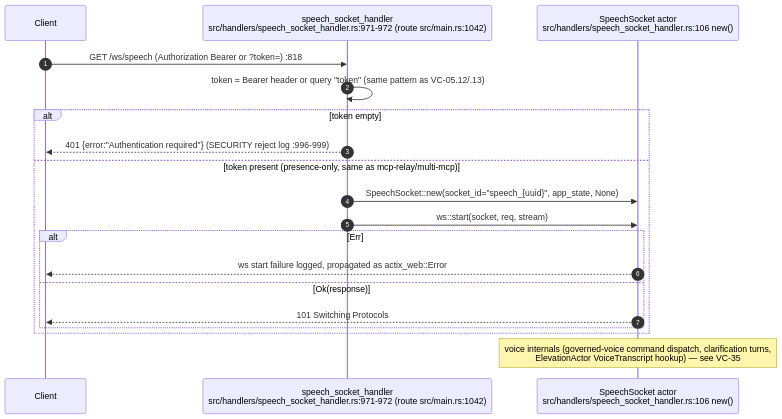
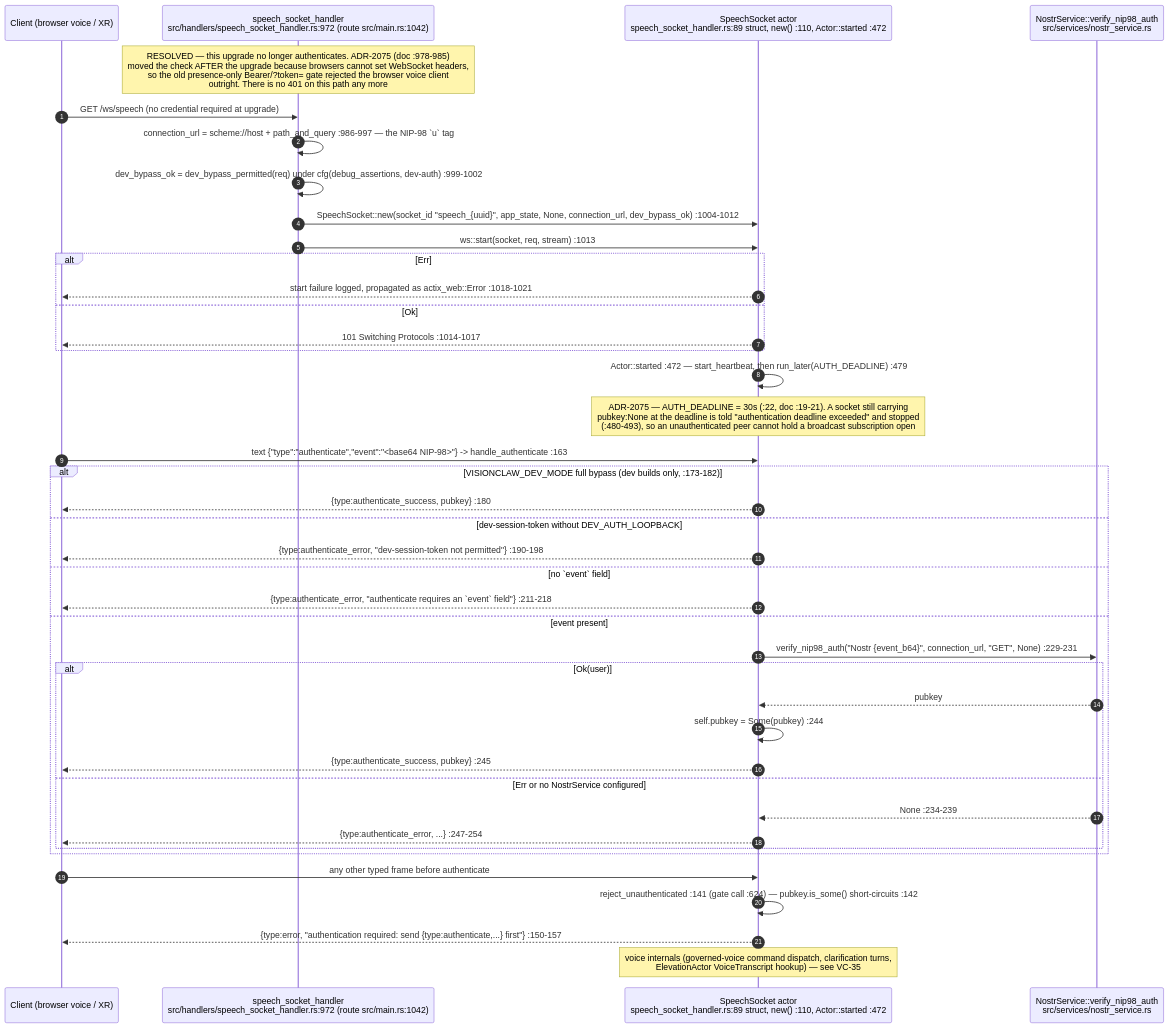
One commit to DreamLab-AI/VisionFlow changed diagram 16 of 18 in docs/diagrams/visionclaw/05-handlers-governance-and-identity.md. Above: the diagram before and after it, drawn with Mermaid. The commit also changed other lines of this file and 52 other files, not shown here.

First line of the commit message:
docs(diagrams): wave 3 checkpoint — bare line refs resolved, revision-pinned cite-check, VC-05/AB-01..13 re-attested

````diff
--- a/docs/diagrams/visionclaw/05-handlers-governance-and-identity.md
+++ b/docs/diagrams/visionclaw/05-handlers-governance-and-identity.md
@@ -777,22 +793,44 @@
 ```mermaid
 sequenceDiagram
     autonumber
-    participant C as Client
-    participant H as speech_socket_handler<br/>src/handlers/speech_socket_handler.rs:971-972 (route src/main.rs:1042)
-    participant SS as SpeechSocket actor<br/>src/handlers/speech_socket_handler.rs:106 new()
+    participant C as Client (browser voice / XR)
+    participant H as speech_socket_handler<br/>src/handlers/speech_socket_handler.rs:972 (route src/main.rs:1042)
+    participant SS as SpeechSocket actor<br/>speech_socket_handler.rs:89 struct, new() :110, Actor::started :472
+    participant NS as NostrService::verify_nip98_auth<br/>src/services/nostr_service.rs
 
-    C->>H: GET /ws/speech (Authorization Bearer or ?token=) :818
-    H->>H: token = Bearer header or query "token" (same pattern as VC-05.12/.13)
-    alt token empty
-        H-->>C: 401 {error:"Authentication required"} (SECURITY reject log :996-999)
-    else token present (presence-only, same as mcp-relay/multi-mcp)
-        H->>SS: SpeechSocket::new(socket_id="speech_{uuid}", app_state, None)
-        H->>SS: ws::start(socket, req, stream)
-        alt Err
-            SS-->>C: ws start failure logged, propagated as actix_web::Error
-        else Ok(response)
-            SS-->>C: 101 Switching Protocols
+    Note over H: RESOLVED — this upgrade no longer authenticates. ADR-2075 (doc :978-985)<br/>moved the check AFTER the upgrade because browsers cannot set WebSocket headers,<br/>so the old presence-only Bearer/?token= gate rejected the browser voice client<br/>outright. There is no 401 on this path any more
+    C->>H: GET /ws/speech (no credential required at upgrade)
+    H->>H: connection_url = scheme://host + path_and_query :986-997 — the NIP-98 `u` tag
+    H->>H: dev_bypass_ok = dev_bypass_permitted(req) under cfg(debug_assertions, dev-auth) :999-1002
+    H->>SS: SpeechSocket::new(socket_id "speech_{uuid}", app_state, None, connection_url, dev_bypass_ok) :1004-1012
+    H->>SS: ws::start(socket, req, stream) :1013
+    alt Err
+        SS-->>C: start failure logged, propagated as actix_web::Error :1018-1021
+    else Ok
+        SS-->>C: 101 Switching Protocols :1014-1017
+    end
+    SS->>SS: Actor::started :472 — start_heartbeat, then run_later(AUTH_DEADLINE) :479
+    Note over SS: ADR-2075 — AUTH_DEADLINE = 30s (:22, doc :19-21). A socket still carrying<br/>pubkey:None at the deadline is told "authentication deadline exceeded" and stopped<br/>(:480-493), so an unauthenticated peer cannot hold a broadcast subscription open
+    C->>SS: text {"type":"authenticate","event":"<base64 NIP-98>"} -> handle_authenticate :163
+    alt VISIONCLAW_DEV_MODE full bypass (dev builds only, :173-182)
+        SS-->>C: {type:authenticate_success, pubkey} :180
+    else dev-session-token without DEV_AUTH_LOOPBACK
+        SS-->>C: {type:authenticate_error, "dev-session-token not permitted"} :190-198
+    else no `event` field
+        SS-->>C: {type:authenticate_error, "authenticate requires an `event` field"} :211-218
+    else event present
+        SS->>NS: verify_nip98_auth("Nostr {event_b64}", connection_url, "GET", None) :229-231
+        alt Ok(user)
+            NS-->>SS: pubkey
+            SS->>SS: self.pubkey = Some(pubkey) :244
+            SS-->>C: {type:authenticate_success, pubkey} :245
+        else Err or no NostrService configured
+            NS-->>SS: None :234-239
+            SS-->>C: {type:authenticate_error, ...} :247-254
         end
     end
+    C->>SS: any other typed frame before authenticate
+    SS->>SS: reject_unauthenticated :141 (gate call :624) — pubkey.is_some() short-circuits :142
+    SS-->>C: {type:error, "authentication required: send {type:authenticate,...} first"} :150-157
     Note over SS: voice internals (governed-voice command dispatch, clarification turns,<br/>ElevationActor VoiceTranscript hookup) — see VC-35
 ```
````
